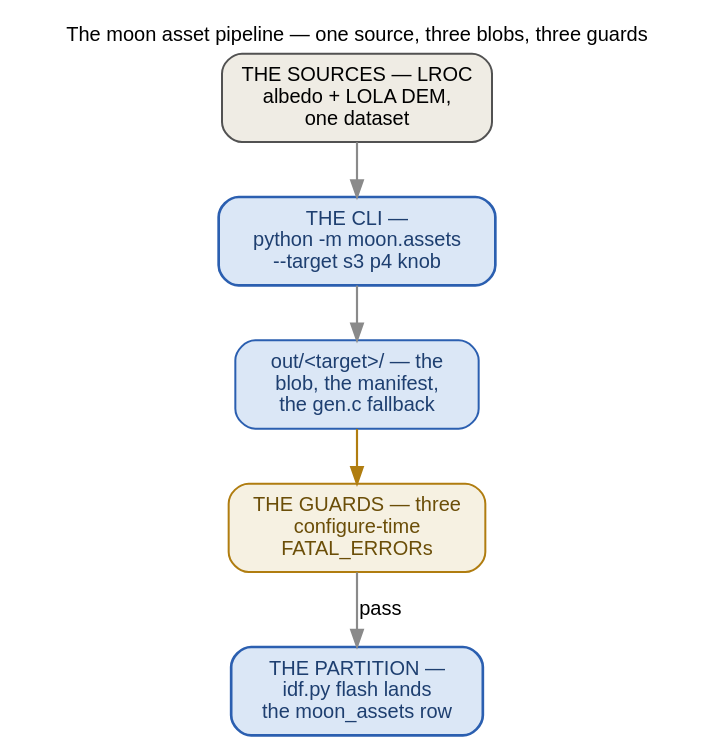
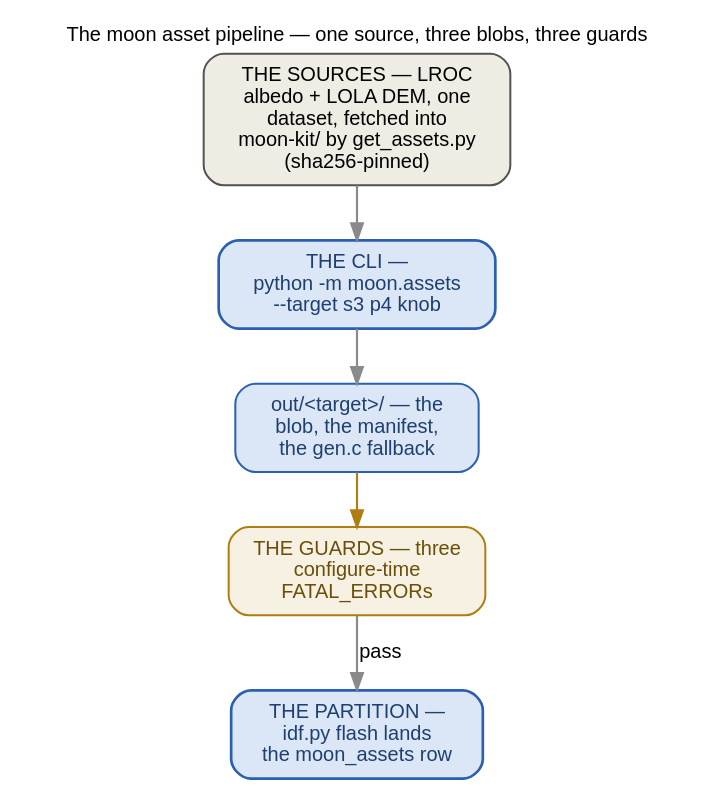
The diagram in docs/_graphs/assets-pipeline.dot (ukos-git/moon-clock-esp), drawn with Graphviz before and after one commit. The commit also changed 15 other files, not shown here.

```diff
--- a/docs/_graphs/assets-pipeline.dot
+++ b/docs/_graphs/assets-pipeline.dot
@@ -1,39 +1,39 @@
 // The moon asset pipeline as a black box: one source, three board
 // blobs, the configure-time guards, the flashed partition. The
 // internals are opened in the detail sketches:
 //   assets-pipeline-bake.dot    the sources, constants.py, the CLI,
 //                               the three outputs
 //   assets-pipeline-guards.dot  the FATAL_ERROR trio, the flash, the
 //                               image gate that eats the same bytes
 // Rendered inline as SVG by sphinx.ext.graphviz (dot on PATH);
 // reference/build-system.rst embeds it.
 // FONTS: 12 pt = the page's 16 px body text at 1:1 — kept inside the
 // content column.
 // Rendered inline as SVG by sphinx.ext.graphviz (dot on PATH).
 digraph assets_pipeline {
     rankdir=TB;
     label="The moon asset pipeline — one source, three blobs, three guards";
     labelloc="t"; labeljust="c";
     fontname="Helvetica"; fontsize=12;
     graph [nodesep=0.4, ranksep=0.45];
     node [fontname="Helvetica", fontsize=12, shape=box, style="rounded,filled",
           width=0, height=0, margin="0.16,0.10", fillcolor="#f2f2ef",
           color="#525252", penwidth=1.2];
     edge [fontname="Helvetica", fontsize=12, color="#8a8a8a", penwidth=1.3];
 
-    src [label="THE SOURCES — LROC\nalbedo + LOLA DEM,\none dataset",
+    src [label="THE SOURCES — LROC\nalbedo + LOLA DEM, one\ndataset, fetched into\nmoon-kit/ by get_assets.py\n(sha256-pinned)",
          fillcolor="#efece4"];
     cli [label="THE CLI —\npython -m moon.assets\n--target s3 p4 knob",
          fillcolor="#dbe7f6", color="#2b5fb0", fontcolor="#1e3f70", penwidth=1.6];
     out [label="out/<target>/ — the\nblob, the manifest,\nthe gen.c fallback",
          fillcolor="#dbe7f6", color="#2b5fb0", fontcolor="#1e3f70"];
     guards [label="THE GUARDS — three\nconfigure-time\nFATAL_ERRORs",
             fillcolor="#f6f1e2", color="#b07d10", fontcolor="#6b4e08"];
     flash [label="THE PARTITION —\nidf.py flash lands\nthe moon_assets row",
            fillcolor="#dbe7f6", color="#2b5fb0", fontcolor="#1e3f70", penwidth=1.6];
 
     src -> cli;
     cli -> out;
     out -> guards [color="#b07d10"];
     guards -> flash [label="pass"];
 }
```
